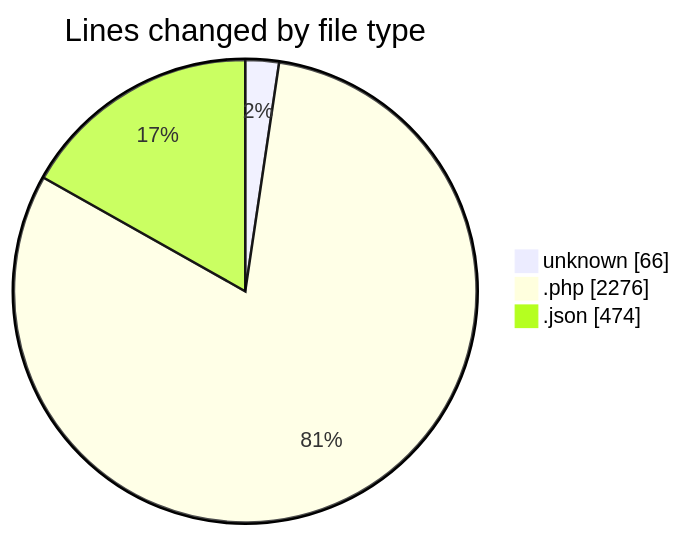
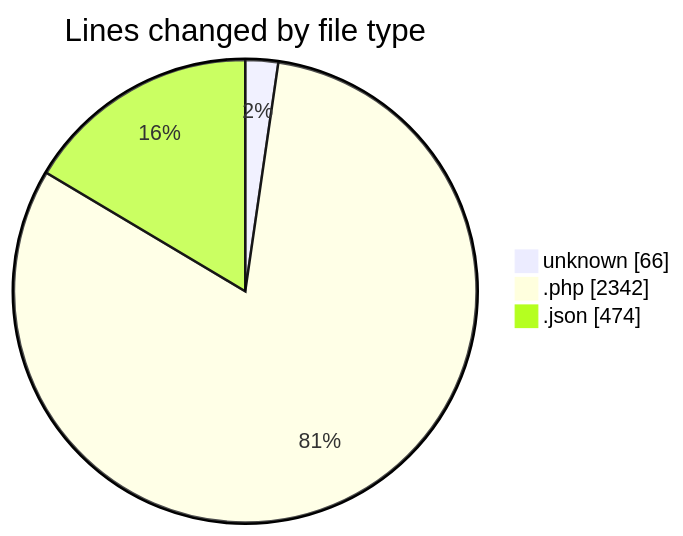
One commit to idhammustaqopulfikri/code-tracking changed the first of 2 diagrams in 2025-05-27/studio-backend/README.md. Above: the diagram before and after it, drawn with Mermaid. The commit also changed other lines of this file and 1 other file, not shown here.

````diff
--- a/2025-05-27/studio-backend/README.md
+++ b/2025-05-27/studio-backend/README.md
@@ -54,7 +54,7 @@
 ```mermaid
 pie showData
 title Lines changed by file type
 "unknown" : 66
-".php" : 2276
+".php" : 2342
 ".json" : 474
 ```
````
